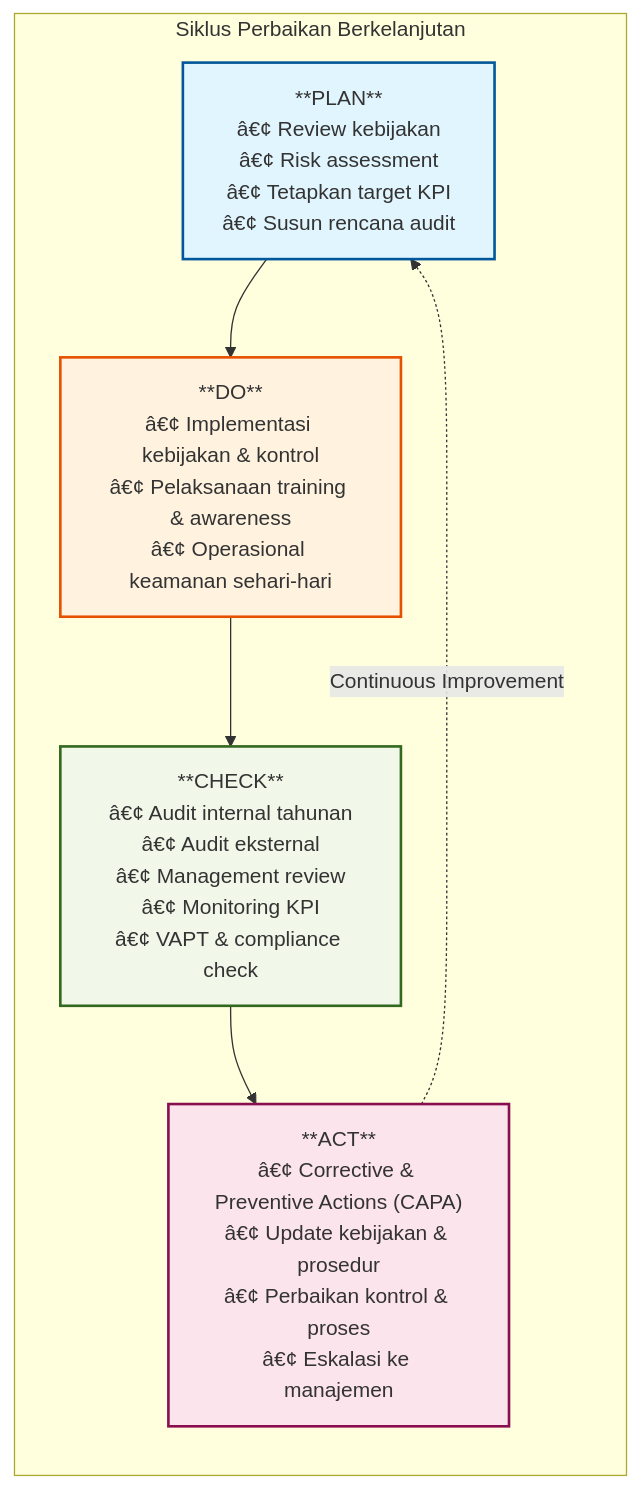
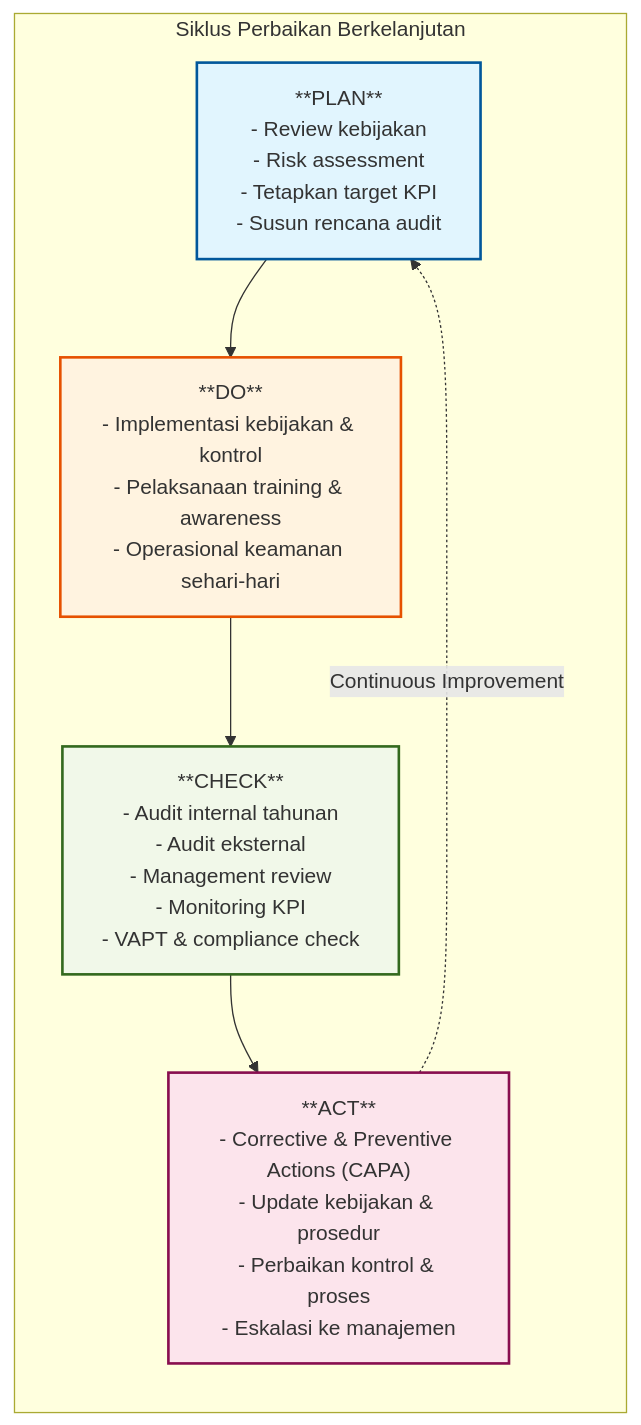
One commit to herifauzan/iso27001-smki-docs changed the third of 5 diagrams in GOV-POL-TK3I.md. Above: the diagram before and after it, drawn with Mermaid. The commit also changed other lines of this file and 10 other files, not shown here.

````diff
--- a/GOV-POL-TK3I.md
+++ b/GOV-POL-TK3I.md
@@ -1935,26 +1935,26 @@
 ```mermaid    
 flowchart TD
     subgraph PDCA_Cycle [Siklus Perbaikan Berkelanjutan]
         direction TB
         
-        P["**PLAN**<br/>â€¢ Review kebijakan<br/>â€¢ Risk assessment<br/>â€¢ Tetapkan target KPI<br/>â€¢ Susun rencana audit"]
+        P["**PLAN**<br/>- Review kebijakan<br/>- Risk assessment<br/>- Tetapkan target KPI<br/>- Susun rencana audit"]
         
-        D["**DO**<br/>â€¢ Implementasi kebijakan & kontrol<br/>â€¢ Pelaksanaan training & awareness<br/>â€¢ Operasional keamanan sehari-hari"]
+        D["**DO**<br/>- Implementasi kebijakan & kontrol<br/>- Pelaksanaan training & awareness<br/>- Operasional keamanan sehari-hari"]
         
-        C["**CHECK**<br/>â€¢ Audit internal tahunan<br/>â€¢ Audit eksternal<br/>â€¢ Management review<br/>â€¢ Monitoring KPI<br/>â€¢ VAPT & compliance check"]
+        C["**CHECK**<br/>- Audit internal tahunan<br/>- Audit eksternal<br/>- Management review<br/>- Monitoring KPI<br/>- VAPT & compliance check"]
         
-        A["**ACT**<br/>â€¢ Corrective & Preventive Actions (CAPA)<br/>â€¢ Update kebijakan & prosedur<br/>â€¢ Perbaikan kontrol & proses<br/>â€¢ Eskalasi ke manajemen"]
+        A["**ACT**<br/>- Corrective & Preventive Actions (CAPA)<br/>- Update kebijakan & prosedur<br/>- Perbaikan kontrol & proses<br/>- Eskalasi ke manajemen"]
 
         %% Koneksi alur
         P --> D
         D --> C
         C --> A
         A -.->|Continuous Improvement| P
     end
 
     %% Styling
     style P fill:#e1f5fe,stroke:#01579b,stroke-width:2px
     style D fill:#fff3e0,stroke:#e65100,stroke-width:2px
     style C fill:#f1f8e9,stroke:#33691e,stroke-width:2px
     style A fill:#fce4ec,stroke:#880e4f,stroke-width:2px
 ```
````
